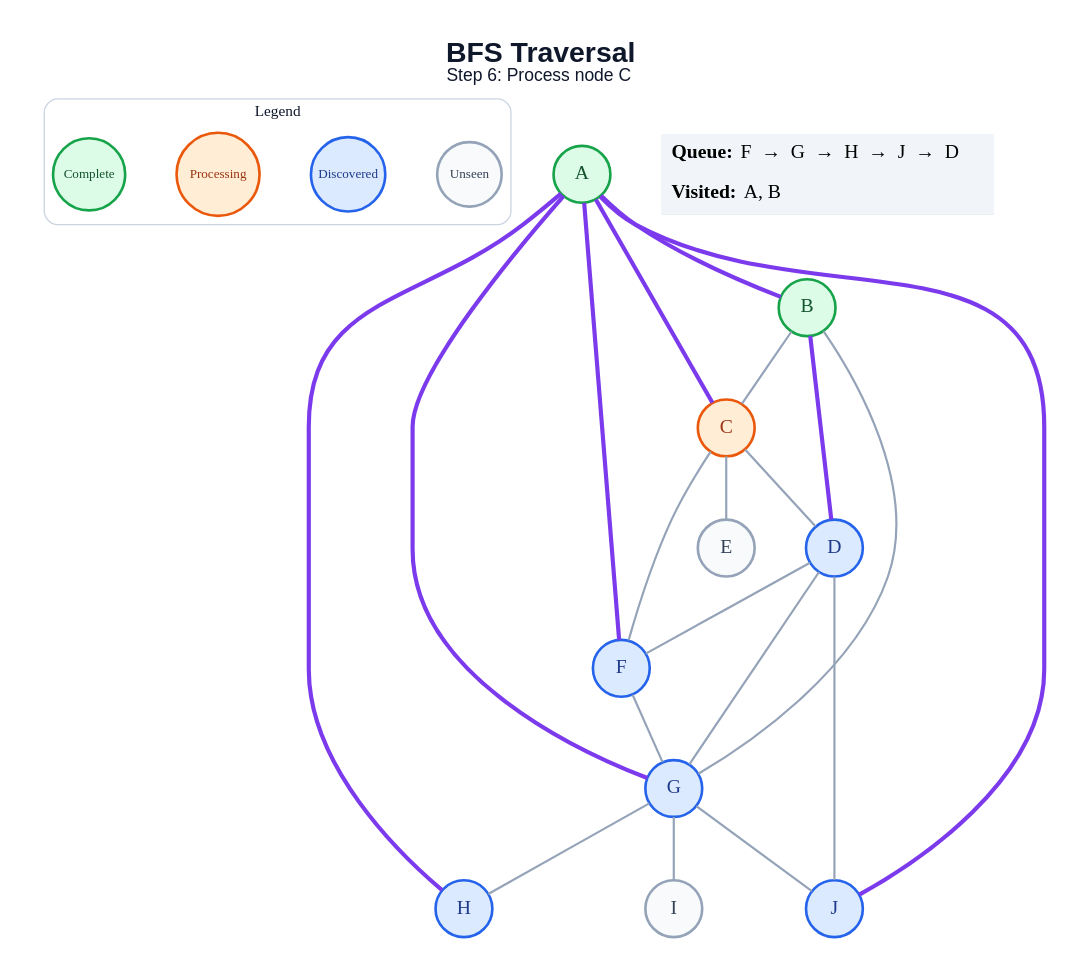
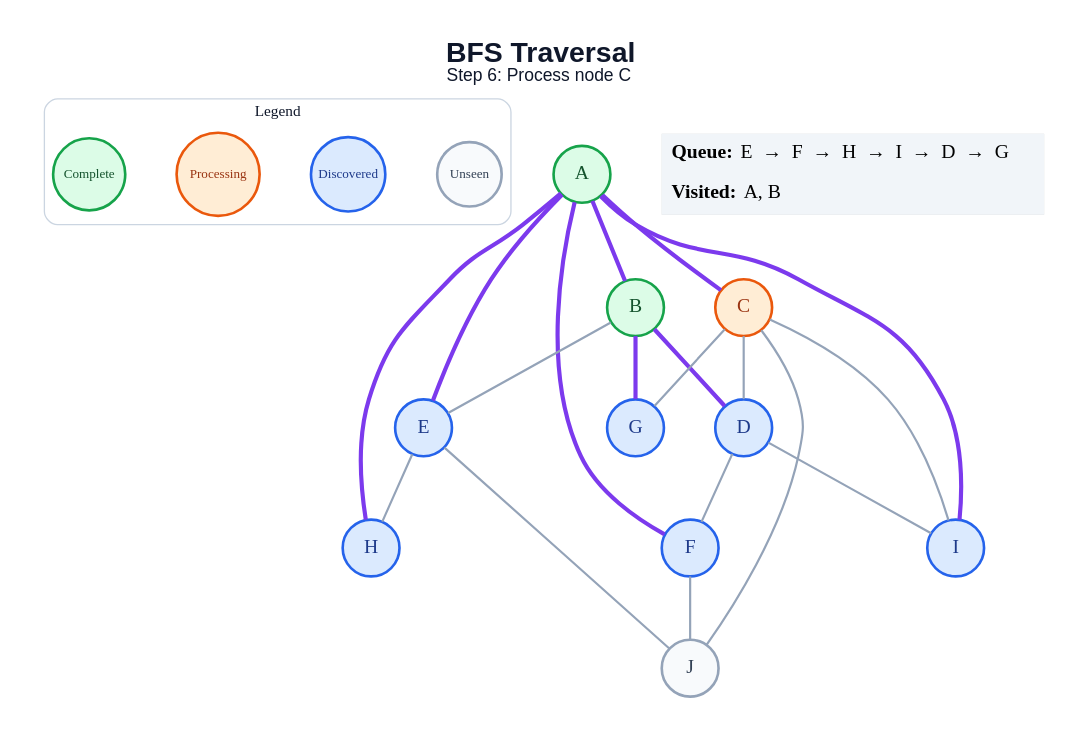
One commit to amanghodawala9/ai-slop changed the diagram in generated/bfs/step_06.dot. Above: the diagram before and after it, drawn with Graphviz. The commit also changed 178 other files, not shown here.

```diff
--- a/generated/bfs/step_06.dot
+++ b/generated/bfs/step_06.dot
@@ -1,48 +1,47 @@
 graph traversal {
   graph [layout=dot, rankdir=TB, bgcolor="#FFFFFF", pad="0.35", nodesep="0.65", ranksep="0.8", fontname="Arial"];
   node [shape=circle, style="filled", fontname="Arial Bold", fontsize=18, width=0.72, fixedsize=true, penwidth=2.4];
   edge [color="#94A3B8", penwidth=2.0];
   label=<<B>BFS Traversal</B><BR/><FONT POINT-SIZE="16">Step 6: Process node C</FONT>>; labelloc="t"; fontsize=26; fontname="Arial"; fontcolor="#0F172A";
   subgraph cluster_legend { label="Legend"; color="#CBD5E1"; penwidth=1.2; style="rounded"; fontsize=14; fontname="Arial Bold";
     key_unseen [label="Unseen", fillcolor="#F8FAFC", color="#94A3B8", fontcolor="#334155", fontsize=12, width=0.82];
     key_frontier [label="Discovered", fillcolor="#DBEAFE", color="#2563EB", fontcolor="#1E3A8A", fontsize=12, width=0.95];
     key_current [label="Processing", fillcolor="#FFEDD5", color="#EA580C", fontcolor="#9A3412", fontsize=12, width=1.05];
     key_done [label="Complete", fillcolor="#DCFCE7", color="#16A34A", fontcolor="#14532D", fontsize=12, width=0.92];
     { rank=same; key_unseen; key_frontier; key_current; key_done; }
   }
   A [fillcolor="#DCFCE7", color="#16A34A", fontcolor="#14532D"];
   B [fillcolor="#DCFCE7", color="#16A34A", fontcolor="#14532D"];
   C [fillcolor="#FFEDD5", color="#EA580C", fontcolor="#9A3412"];
   D [fillcolor="#DBEAFE", color="#2563EB", fontcolor="#1E3A8A"];
-  E [fillcolor="#F8FAFC", color="#94A3B8", fontcolor="#334155"];
+  E [fillcolor="#DBEAFE", color="#2563EB", fontcolor="#1E3A8A"];
   F [fillcolor="#DBEAFE", color="#2563EB", fontcolor="#1E3A8A"];
   G [fillcolor="#DBEAFE", color="#2563EB", fontcolor="#1E3A8A"];
   H [fillcolor="#DBEAFE", color="#2563EB", fontcolor="#1E3A8A"];
-  I [fillcolor="#F8FAFC", color="#94A3B8", fontcolor="#334155"];
-  J [fillcolor="#DBEAFE", color="#2563EB", fontcolor="#1E3A8A"];
+  I [fillcolor="#DBEAFE", color="#2563EB", fontcolor="#1E3A8A"];
+  J [fillcolor="#F8FAFC", color="#94A3B8", fontcolor="#334155"];
   A -- B [color="#7C3AED", penwidth=3.8];
   A -- C [color="#7C3AED", penwidth=3.8];
+  A -- E [color="#7C3AED", penwidth=3.8];
   A -- F [color="#7C3AED", penwidth=3.8];
-  A -- G [color="#7C3AED", penwidth=3.8];
   A -- H [color="#7C3AED", penwidth=3.8];
-  A -- J [color="#7C3AED", penwidth=3.8];
-  B -- C;
+  A -- I [color="#7C3AED", penwidth=3.8];
   B -- D [color="#7C3AED", penwidth=3.8];
-  B -- G;
+  B -- E;
+  B -- G [color="#7C3AED", penwidth=3.8];
   C -- D;
-  C -- E;
-  C -- F;
+  C -- G;
+  C -- I;
+  C -- J;
   D -- F;
-  D -- G;
-  D -- J;
-  F -- G;
-  G -- H;
-  G -- I;
-  G -- J;
+  D -- I;
+  E -- H;
+  E -- J;
+  F -- J;
   status [shape=plain, fixedsize=false, width=0, height=0, margin=0, label=<
     <TABLE BORDER="0" CELLBORDER="0" CELLPADDING="7" BGCOLOR="#F1F5F9">
-      <TR><TD ALIGN="LEFT"><B>Queue:</B> F  →  G  →  H  →  J  →  D</TD></TR>
+      <TR><TD ALIGN="LEFT"><B>Queue:</B> E  →  F  →  H  →  I  →  D  →  G</TD></TR>
       <TR><TD ALIGN="LEFT"><B>Visited:</B> A, B</TD></TR>
     </TABLE>
   >];
 }
```
